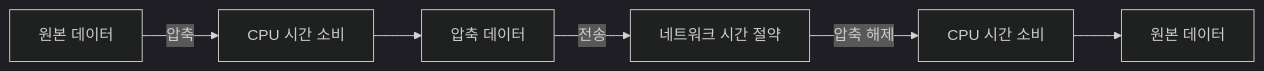
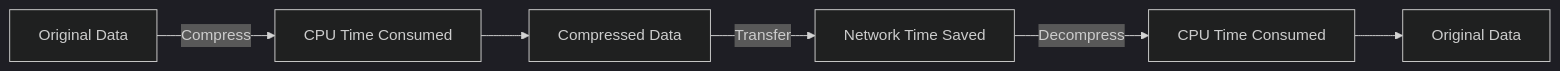
One commit to cartanova-ai/sonamu changed the first of 2 diagrams in modules/docs/en/advanced-features/compress/performance-optimization.mdx. Above: the diagram before and after it, drawn with Mermaid (dark theme). The commit also changed other lines of this file and 86 other files, not shown here.

````diff
--- a/modules/docs/en/advanced-features/compress/performance-optimization.mdx
+++ b/modules/docs/en/advanced-features/compress/performance-optimization.mdx
@@ -12,8 +12,8 @@
 ```mermaid
 graph LR
-    A[원본 데이터] -->|압축| B[CPU 시간 소비]
-    B --> C[압축 데이터]
-    C -->|전송| D[네트워크 시간 절약]
-    D -->|압축 해제| E[CPU 시간 소비]
-    E --> F[원본 데이터]
+    A[Original Data] -->|Compress| B[CPU Time Consumed]
+    B --> C[Compressed Data]
+    C -->|Transfer| D[Network Time Saved]
+    D -->|Decompress| E[CPU Time Consumed]
+    E --> F[Original Data]
 ```
````
